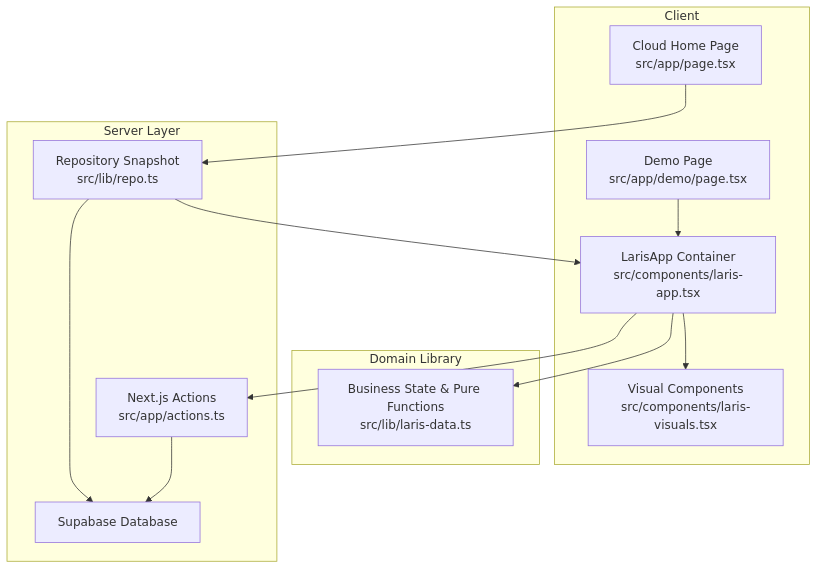
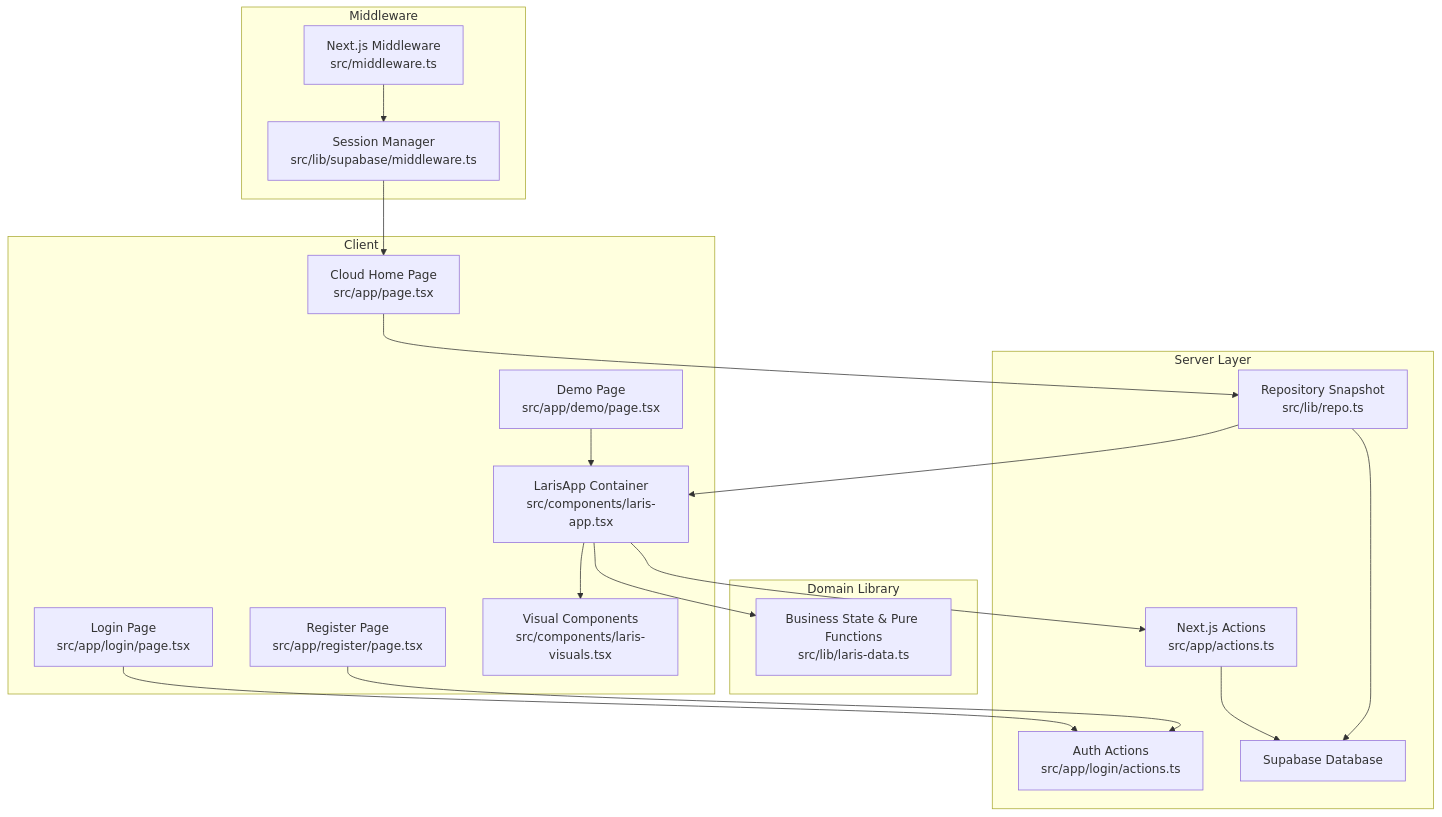
Before and after one commit to aarz24/Laris_HackathonGTNIC2026: the first of 15 diagrams in .qoder/repowiki/en/content/Core Application/Core Application.md, drawn with Mermaid. The commit also changed other lines of this file and 58 other files, not shown here.

````diff
--- a/.qoder/repowiki/en/content/Core Application/Core Application.md
+++ b/.qoder/repowiki/en/content/Core Application/Core Application.md
@@ -45,25 +70,36 @@
 ```mermaid
 graph TB
 subgraph "Client"
 DemoPage["Demo Page<br/>src/app/demo/page.tsx"]
+LoginPage["Login Page<br/>src/app/login/page.tsx"]
+RegisterPage["Register Page<br/>src/app/register/page.tsx"]
 HomePage["Cloud Home Page<br/>src/app/page.tsx"]
 LarisApp["LarisApp Container<br/>src/components/laris-app.tsx"]
 Visuals["Visual Components<br/>src/components/laris-visuals.tsx"]
 end
 subgraph "Domain Library"
 Domain["Business State & Pure Functions<br/>src/lib/laris-data.ts"]
 end
 subgraph "Server Layer"
 Actions["Next.js Actions<br/>src/app/actions.ts"]
 Repo["Repository Snapshot<br/>src/lib/repo.ts"]
+AuthActions["Auth Actions<br/>src/app/login/actions.ts"]
 Supabase["Supabase Database"]
 end
+subgraph "Middleware"
+NextMiddleware["Next.js Middleware<br/>src/middleware.ts"]
+SessionManager["Session Manager<br/>src/lib/supabase/middleware.ts"]
+end
 DemoPage --> LarisApp
+LoginPage --> AuthActions
+RegisterPage --> AuthActions
 HomePage --> Repo
 Repo --> LarisApp
 LarisApp --> Domain
 LarisApp --> Actions
 Actions --> Supabase
 Repo --> Supabase
 LarisApp --> Visuals
+NextMiddleware --> SessionManager
+SessionManager --> HomePage
 ```
````
